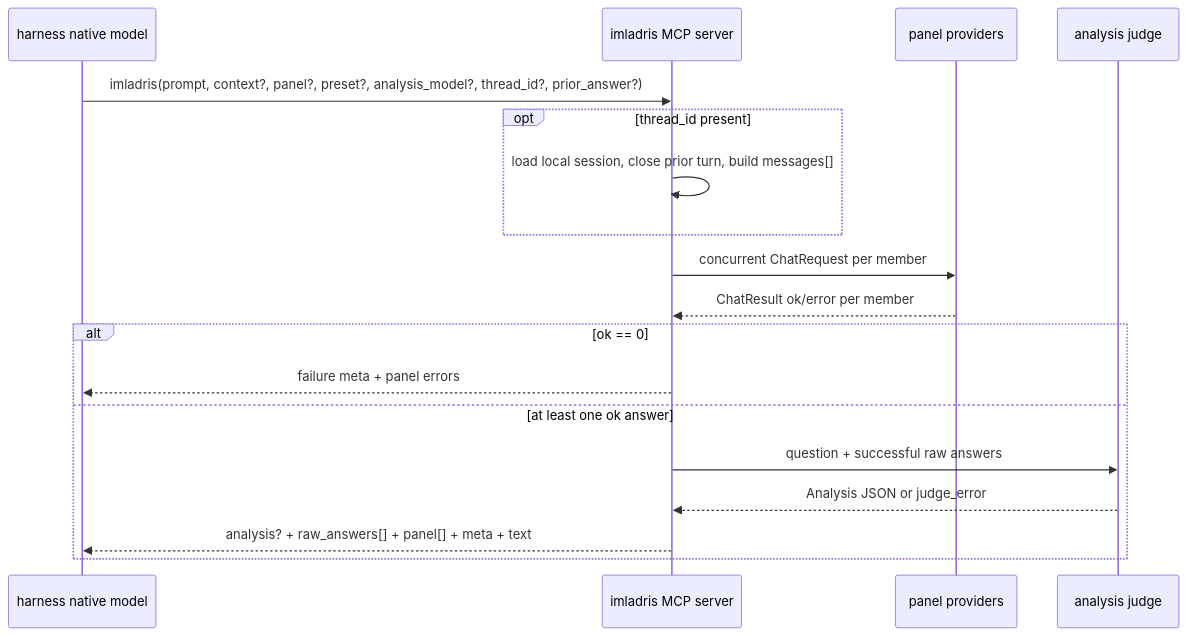
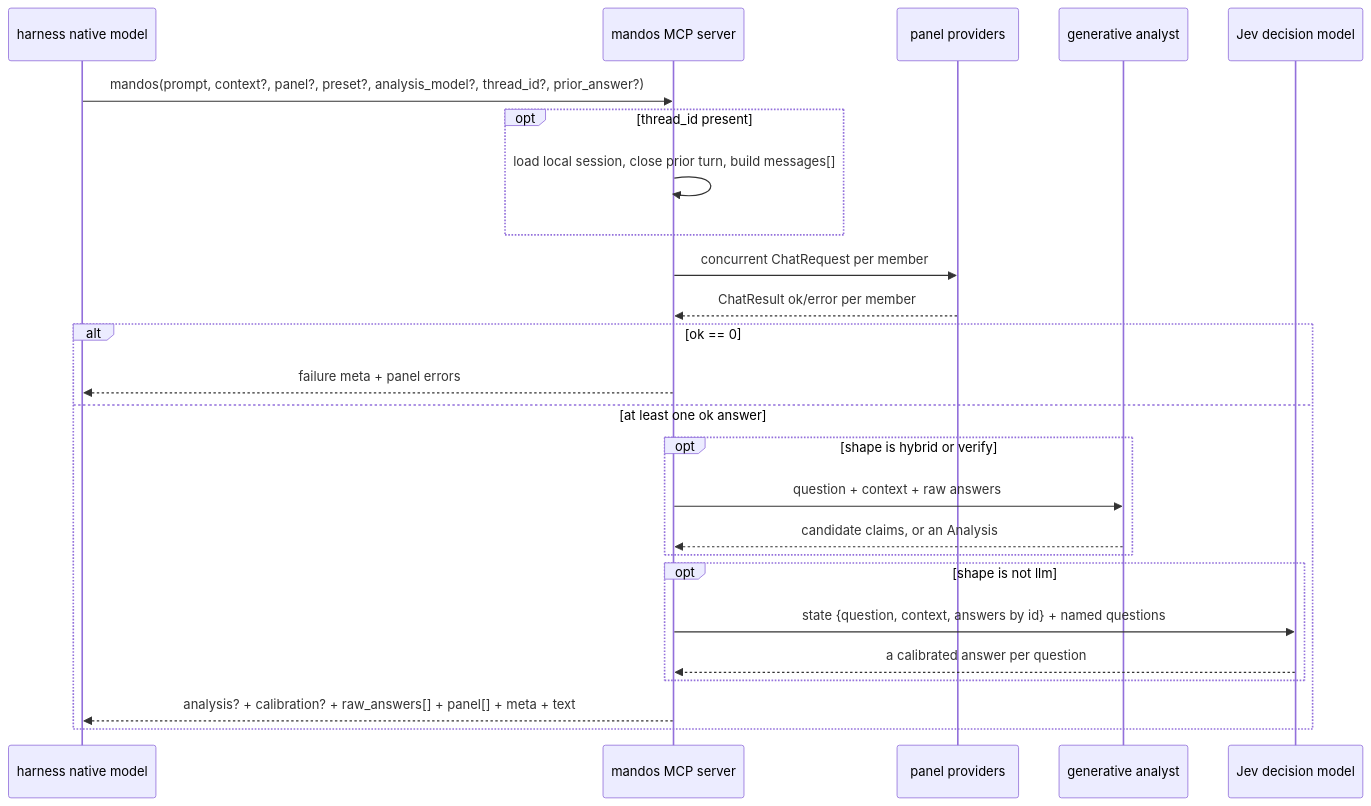
Before and after one commit to Fox-Islam/mandos: the diagram in docs/architecture/02-pipeline-workflow.md, drawn with Mermaid. The commit also changed other lines of this file and 86 other files, not shown here.

````diff
--- a/docs/architecture/02-pipeline-workflow.md
+++ b/docs/architecture/02-pipeline-workflow.md
@@ -5,21 +6,28 @@
 ```mermaid
 sequenceDiagram
     participant Host as harness native model
-    participant MCP as imladris MCP server
+    participant MCP as mandos MCP server
     participant Panel as panel providers
-    participant Judge as analysis judge
+    participant Analyst as generative analyst
+    participant Jev as Jev decision model
 
-    Host->>MCP: imladris(prompt, context?, panel?, preset?, analysis_model?, thread_id?, prior_answer?)
+    Host->>MCP: mandos(prompt, context?, panel?, preset?, analysis_model?, thread_id?, prior_answer?)
     opt thread_id present
         MCP->>MCP: load local session, close prior turn, build messages[]
     end
     MCP->>Panel: concurrent ChatRequest per member
     Panel-->>MCP: ChatResult ok/error per member
     alt ok == 0
         MCP-->>Host: failure meta + panel errors
     else at least one ok answer
-        MCP->>Judge: question + successful raw answers
-        Judge-->>MCP: Analysis JSON or judge_error
-        MCP-->>Host: analysis? + raw_answers[] + panel[] + meta + text
+        opt shape is hybrid or verify
+            MCP->>Analyst: question + context + raw answers
+            Analyst-->>MCP: candidate claims, or an Analysis
+        end
+        opt shape is not llm
+            MCP->>Jev: state {question, context, answers by id} + named questions
+            Jev-->>MCP: a calibrated answer per question
+        end
+        MCP-->>Host: analysis? + calibration? + raw_answers[] + panel[] + meta + text
     end
 ```
````
